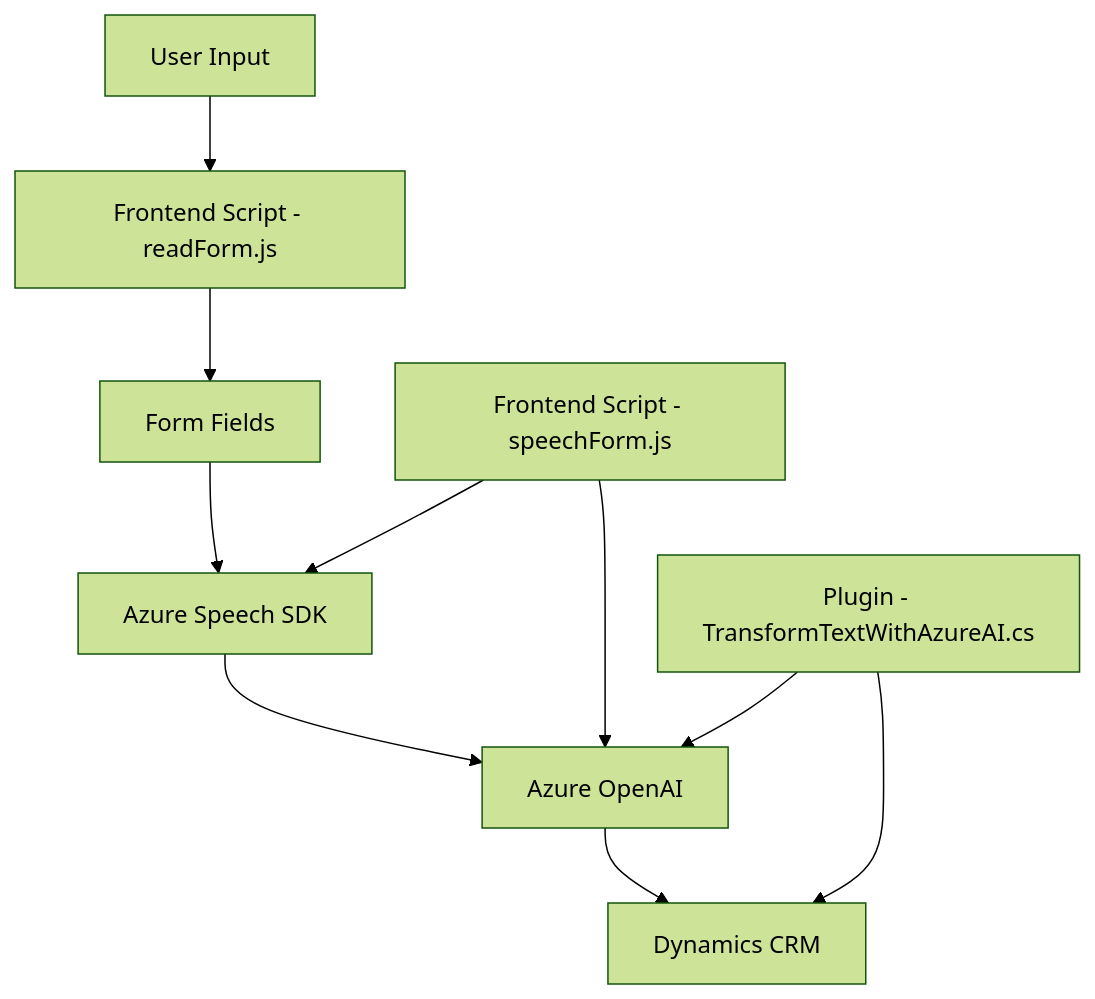
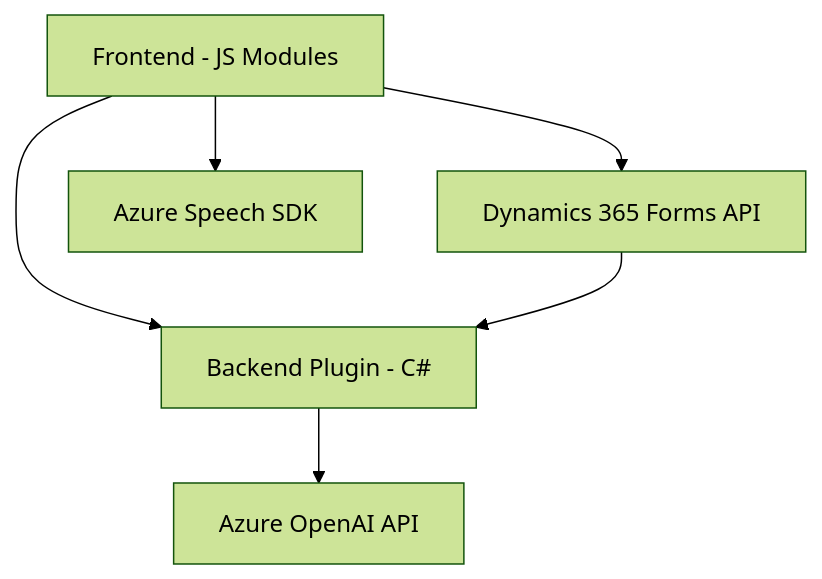
One commit to blopezdm/NETCORE_BILBAO2025 changed the diagram in README.md. Above: the diagram before and after it, drawn with Mermaid (forest theme). The commit also changed other lines of this file, not shown here.

````diff
--- a/README.md
+++ b/README.md
@@ -35,21 +60,14 @@
 ```mermaid
 graph TD
-    A["Frontend Script - readForm.js"]
-    B["Frontend Script - speechForm.js"]
-    C["Plugin - TransformTextWithAzureAI.cs"]
-    D["User Input"]
-    E["Form Fields"]
-    F["Azure Speech SDK"]
-    G["Azure OpenAI"]
-    H["Dynamics CRM"]
+    A["Frontend - JS Modules"]
+    B["Dynamics 365 Forms API"]
+    C["Azure Speech SDK"]
+    D["Backend Plugin - C#"]
+    E["Azure OpenAI API"]
     
-    D --> A
-    A --> E
-    E --> F
-    F --> G
-    B --> F
-    B --> G
-    G --> H
-    C --> H
-    C --> G
+    A --> B
+    A --> C
+    A --> D
+    D --> E
+    B --> D
 ```
````
